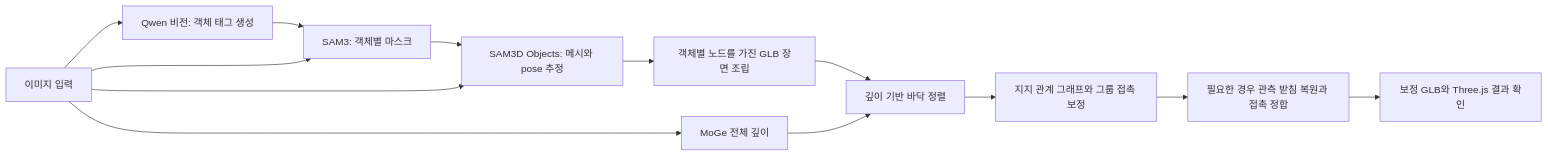
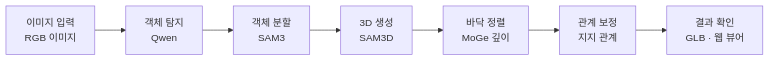
Before and after one commit to haesongkk/MapMaker: the diagram in README.md, drawn with Mermaid. The commit also changed other lines of this file and 26 other files, not shown here.

````diff
--- a/README.md
+++ b/README.md
@@ -26,15 +17,9 @@
 ```mermaid
 flowchart LR
-    A[이미지 입력] --> B[Qwen 비전: 객체 태그 생성]
-    B --> C[SAM3: 객체별 마스크]
-    A --> C
-    C --> D[SAM3D Objects: 메시와 pose 추정]
-    A --> D
-    D --> E[객체별 노드를 가진 GLB 장면 조립]
-    A --> F[MoGe 전체 깊이]
-    E --> G[깊이 기반 바닥 정렬]
-    F --> G
-    G --> H[지지 관계 그래프와 그룹 접촉 보정]
-    H --> I[필요한 경우 관측 받침 복원과 접촉 정합]
-    I --> J[보정 GLB와 Three.js 결과 확인]
+    A[이미지 입력<br/>RGB 이미지] --> B[객체 탐지<br/>Qwen]
+    B --> C[객체 분할<br/>SAM3]
+    C --> D[3D 생성<br/>SAM3D]
+    D --> E[바닥 정렬<br/>MoGe 깊이]
+    E --> F[관계 보정<br/>지지 관계]
+    F --> G[결과 확인<br/>GLB · 웹 뷰어]
 ```
````
